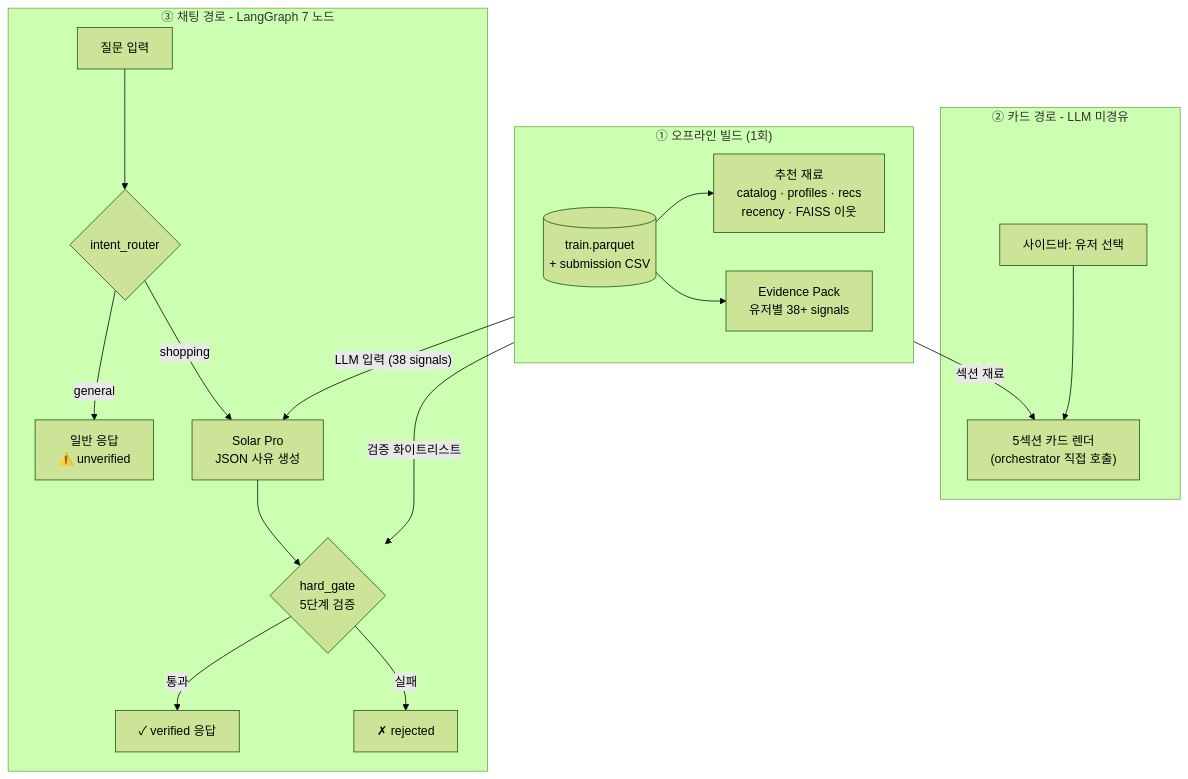
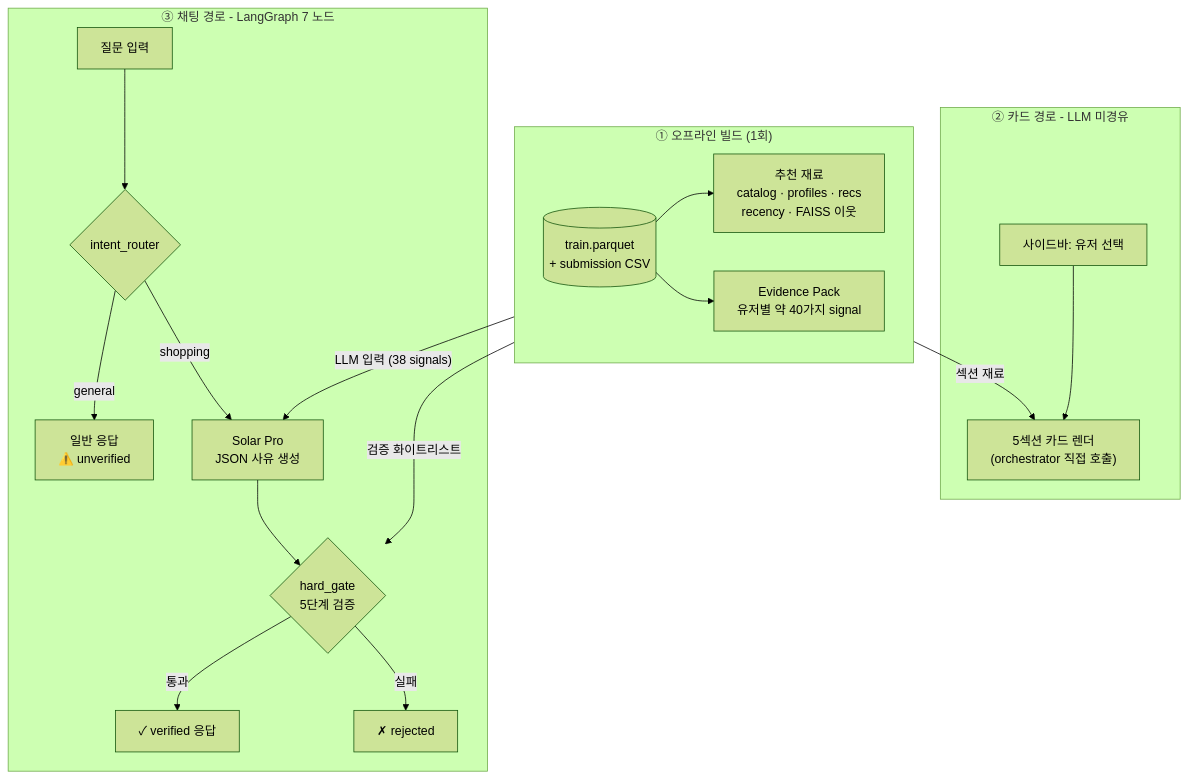
The first of 2 diagrams in service/README_mvp.md (yoon-chung/recsys-commerce), drawn with Mermaid (forest theme) before and after one commit. The commit also changed other lines of this file, not shown here.

````diff
--- a/service/README_mvp.md
+++ b/service/README_mvp.md
@@ -73,26 +73,26 @@
 ```mermaid
 flowchart TB
   subgraph offline ["① 오프라인 빌드 (1회)"]
     direction LR
     SRC[("train.parquet<br/>+ submission CSV")]
     SRC --> A1["추천 재료<br/>catalog · profiles · recs<br/>recency · FAISS 이웃"]
-    SRC --> A2["Evidence Pack<br/>유저별 38+ signals"]
+    SRC --> A2["Evidence Pack<br/>유저별 약 40가지 signal"]
   end
 
   subgraph cards ["② 카드 경로 - LLM 미경유"]
     SEL["사이드바: 유저 선택"] --> CARDS["5섹션 카드 렌더<br/>(orchestrator 직접 호출)"]
   end
 
   subgraph chat ["③ 채팅 경로 - LangGraph 7 노드"]
     Q["질문 입력"] --> RT{"intent_router"}
     RT -->|general| GEN["일반 응답<br/>⚠️ unverified"]
     RT -->|shopping| LLM["Solar Pro<br/>JSON 사유 생성"]
     LLM --> GATE{"hard_gate<br/>5단계 검증"}
     GATE -->|통과| OK["✓ verified 응답"]
     GATE -->|실패| BAD["✗ rejected"]
   end
 
   A1 -->|"섹션 재료"| CARDS
   A2 -->|"LLM 입력 (38 signals)"| LLM
   A2 -->|"검증 화이트리스트"| GATE
 ```
````
